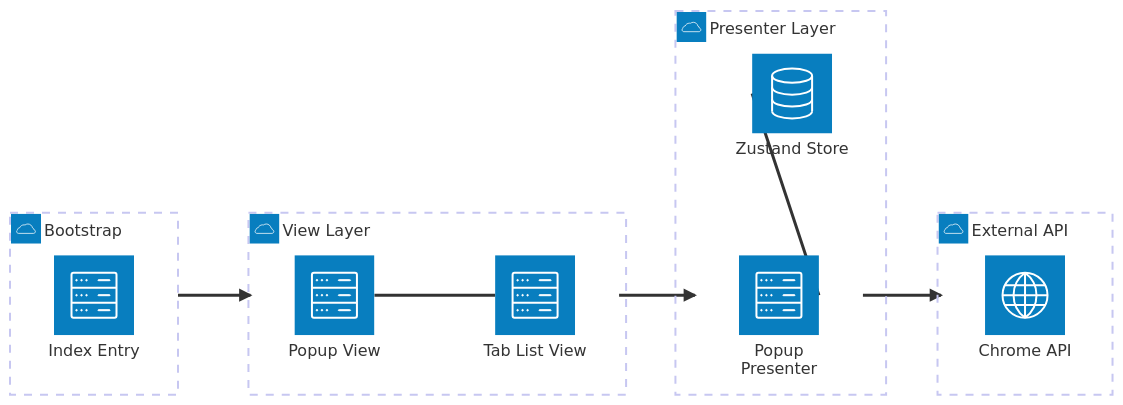
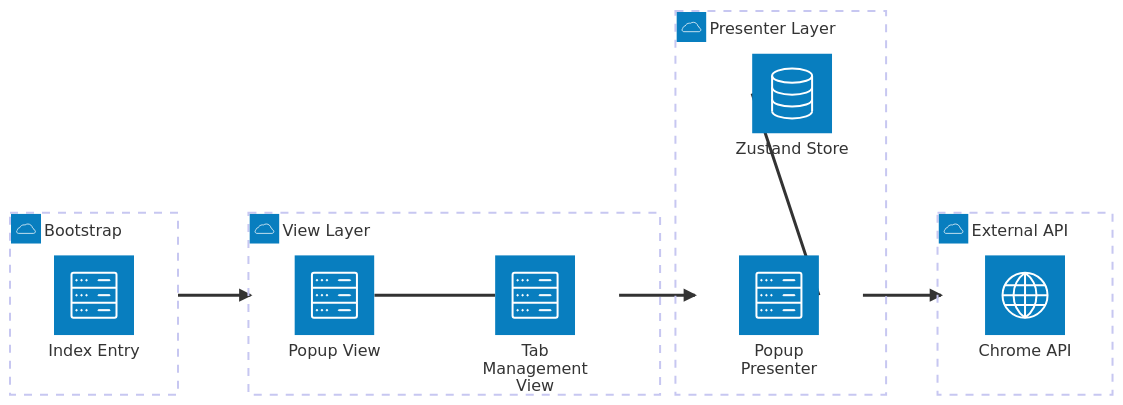
The diagram in doc/Architecture.mmd (KentVu/browser-toolbox), drawn with Mermaid before and after one commit. The commit also changed 5 other files, not shown here.

First line of the commit message:
Rename TabList to TabManagement

```diff
--- a/doc/Architecture.mmd
+++ b/doc/Architecture.mmd
@@ -1,30 +1,30 @@
 ---
 query: "Create this app's architecture diagram for changed files\r
 
-  @file:PopupPresenter.ts , @file:TabList.tsx @sym:Popup , @file:Chrome.ts "
+  @file:PopupPresenter.ts , @file:TabManagement.tsx @sym:Popup , @file:Chrome.ts "
 references:
   - "File: /src/pages/popup/Popup.tsx"
   - "File: /src/pages/popup/PopupPresenter.ts"
-  - "File: /src/pages/popup/TabList.tsx"
+  - "File: /src/pages/popup/TabManagement.tsx"
   - "File: /src/pages/popup/index.tsx"
 generationTime: 2026-09-08T05:10:09.952Z
 ---
 architecture-beta
     group bootstrap(cloud)[Bootstrap]
     group views(cloud)[View Layer]
     group logic(cloud)[Presenter Layer]
     group external(cloud)[External API]
 
     service index(server)[Index Entry] in bootstrap
     service popup(server)[Popup View] in views
-    service tablist(server)[Tab List View] in views
+    service tabManagement(server)[Tab Management View] in views
     service presenter(server)[Popup Presenter] in logic
     service store(database)[Zustand Store] in logic
     service chromeapi(internet)[Chrome API] in external
 
-    popup:R -- L:tablist
+    popup:R -- L:tabManagement
     presenter:R -- L:store
 
     index{group}:R --> L:popup{group}
-    tablist{group}:R --> L:presenter{group}
+    tabManagement{group}:R --> L:presenter{group}
     presenter{group}:R --> L:chromeapi{group}
```
